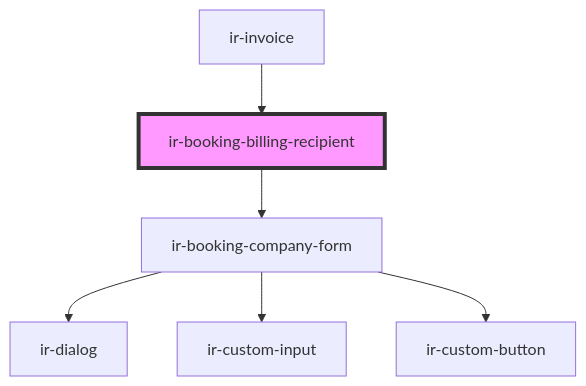
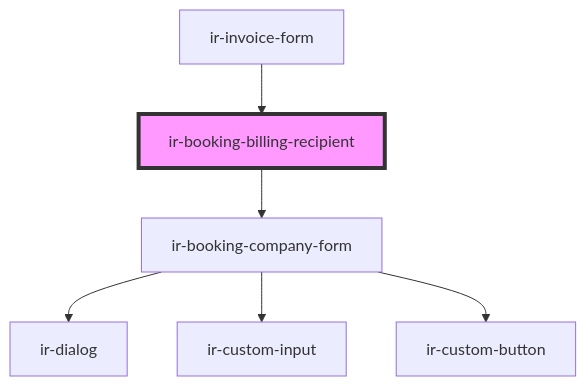
The diagram in src/components/ir-booking-billing-recipient/readme.md (David1Chowaifaty/modified-ir-webcmp), drawn with Mermaid before and after one commit. The commit also changed other lines of this file and 35 other files, not shown here.

First line of the commit message:
Add InvoicableItemType and update InvoicableItemSchema for type safety

````diff
--- a/src/components/ir-booking-billing-recipient/readme.md
+++ b/src/components/ir-booking-billing-recipient/readme.md
@@ -33,9 +33,9 @@
 ```mermaid
 graph TD;
   ir-booking-billing-recipient --> ir-booking-company-form
   ir-booking-company-form --> ir-dialog
   ir-booking-company-form --> ir-custom-input
   ir-booking-company-form --> ir-custom-button
-  ir-invoice --> ir-booking-billing-recipient
+  ir-invoice-form --> ir-booking-billing-recipient
   style ir-booking-billing-recipient fill:#f9f,stroke:#333,stroke-width:4px
 ```
````
